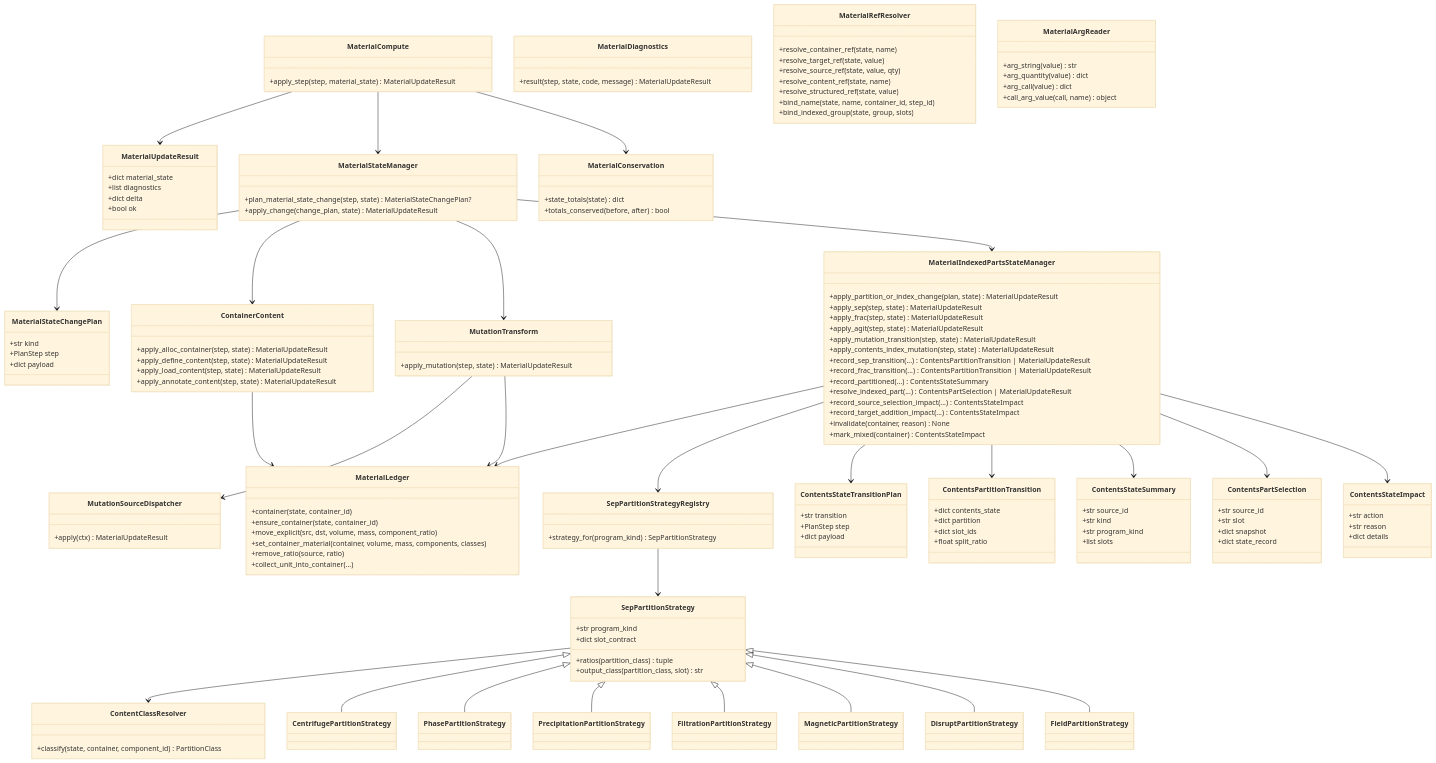
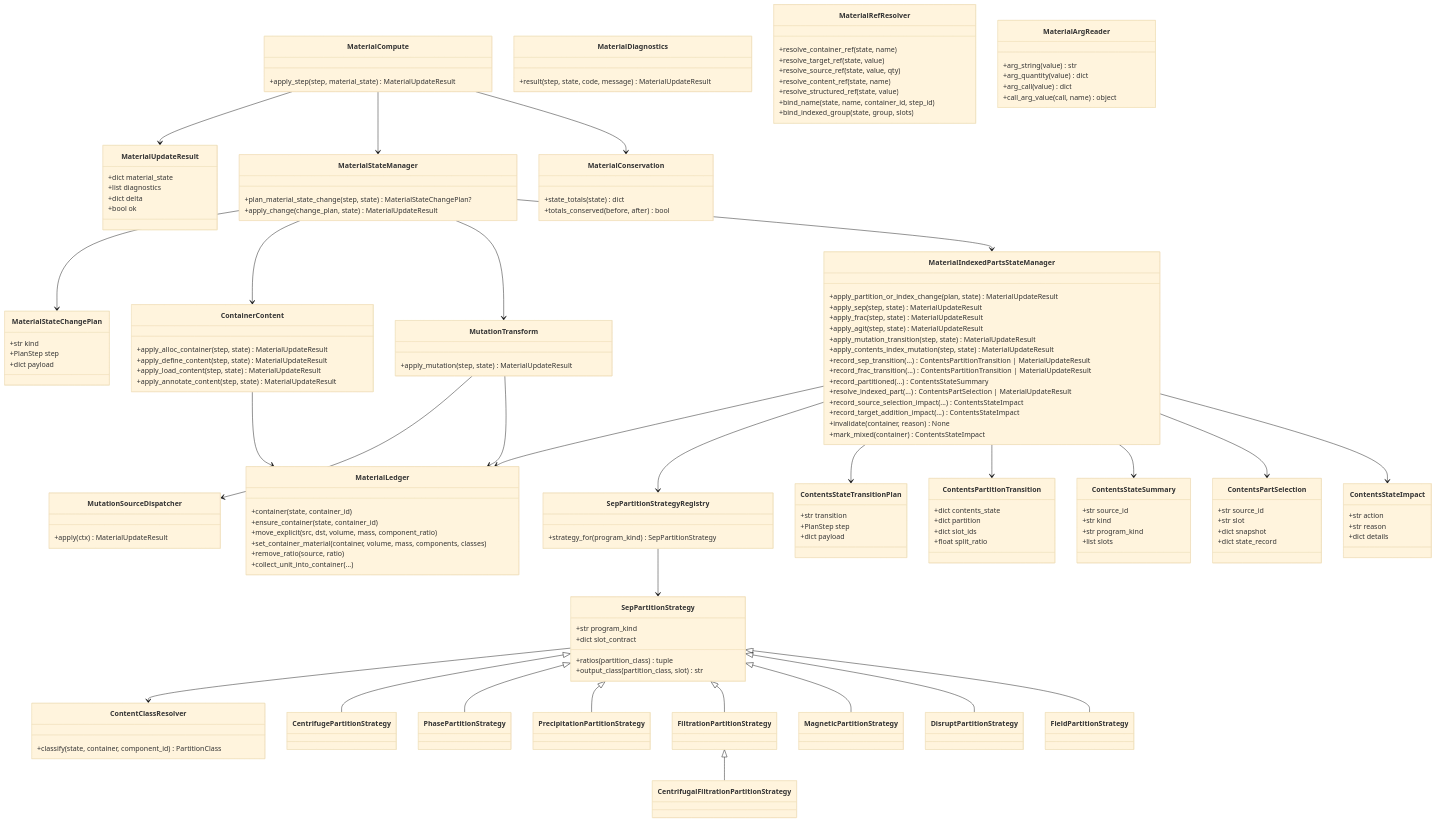
One commit to culsma/culsma changed the eighth of 8 diagrams in docs/architecture/material_compute_module_diagrams.md. Above: the diagram before and after it, drawn with Mermaid (base theme). The commit also changed 14 other files, not shown here.

Commit message:
feat: add centrifugal filtration program

```diff
--- a/docs/architecture/material_compute_module_diagrams.md
+++ b/docs/architecture/material_compute_module_diagrams.md
@@ -538,6 +538,7 @@
     class PhasePartitionStrategy
     class PrecipitationPartitionStrategy
     class FiltrationPartitionStrategy
+    class CentrifugalFiltrationPartitionStrategy
     class MagneticPartitionStrategy
     class DisruptPartitionStrategy
     class FieldPartitionStrategy
@@ -566,6 +567,7 @@
     SepPartitionStrategy <|-- PhasePartitionStrategy
     SepPartitionStrategy <|-- PrecipitationPartitionStrategy
     SepPartitionStrategy <|-- FiltrationPartitionStrategy
+    FiltrationPartitionStrategy <|-- CentrifugalFiltrationPartitionStrategy
     SepPartitionStrategy <|-- MagneticPartitionStrategy
     SepPartitionStrategy <|-- DisruptPartitionStrategy
     SepPartitionStrategy <|-- FieldPartitionStrategy
```
